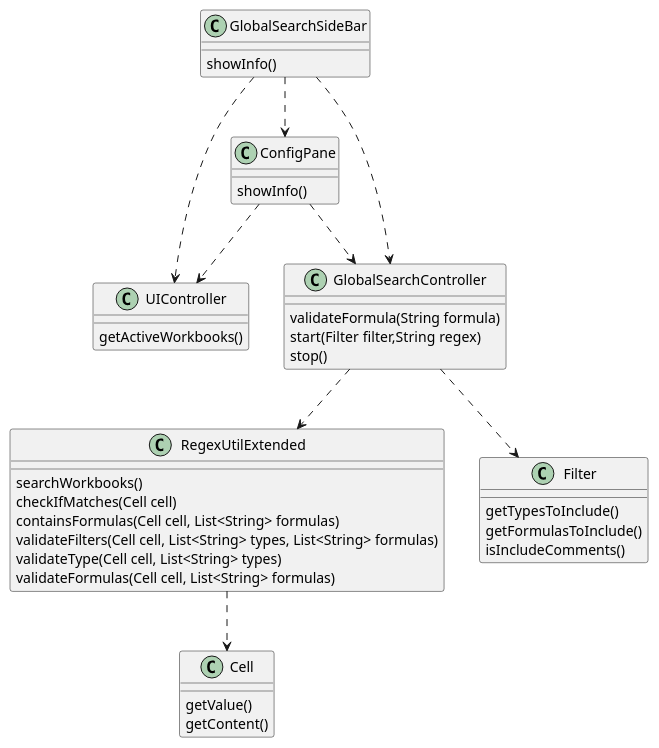
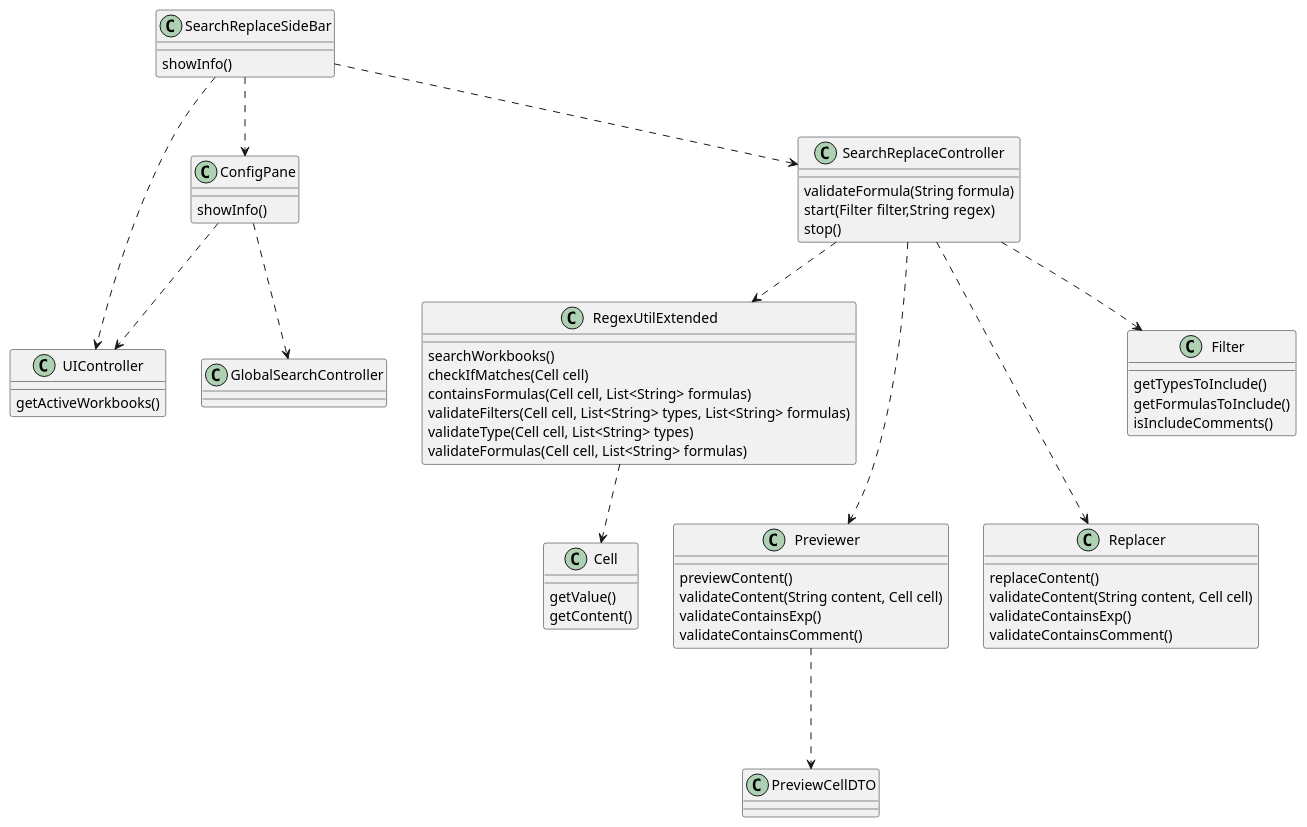
One commit to MikeTekOn/lapr4-2017-2dd changed the diagram in src/main/java/lapr4/blue/s3/core/n1151088/searchReplace/core07_03_cd.puml. Above: the diagram before and after it, drawn with PlantUML.

Commit message:
javadoc fix

```diff
--- a/src/main/java/lapr4/blue/s3/core/n1151088/searchReplace/core07_03_cd.puml
+++ b/src/main/java/lapr4/blue/s3/core/n1151088/searchReplace/core07_03_cd.puml
@@ -1,44 +1,63 @@
 @startuml core07_03_cd.png
 
-class GlobalSearchSideBar {
+class SearchReplaceSideBar {
     showInfo()
 }
 class ConfigPane {
     showInfo()
 }
 class UIController{
     getActiveWorkbooks()
 }
-class GlobalSearchController{
+class SearchReplaceController{
     validateFormula(String formula)
     start(Filter filter,String regex)
     stop()
 }
 class Cell{
     getValue()
     getContent()
 }
 class RegexUtilExtended {
     searchWorkbooks()
     checkIfMatches(Cell cell)
     containsFormulas(Cell cell, List<String> formulas)
     validateFilters(Cell cell, List<String> types, List<String> formulas)
     validateType(Cell cell, List<String> types)
     validateFormulas(Cell cell, List<String> formulas)
 
 }
+
+class Previewer {
+    previewContent()
+    validateContent(String content, Cell cell)
+    validateContainsExp()
+    validateContainsComment()
+}
+
+class Replacer {
+    replaceContent()
+    validateContent(String content, Cell cell)
+    validateContainsExp()
+    validateContainsComment()
+}
+
 class Filter{
     getTypesToInclude()
     getFormulasToInclude()
     isIncludeComments()
 }
-GlobalSearchSideBar ..>ConfigPane
+SearchReplaceSideBar ..>ConfigPane
 ConfigPane..>UIController
 ConfigPane..>GlobalSearchController
-GlobalSearchSideBar ..> UIController
-GlobalSearchSideBar ..> GlobalSearchController
-GlobalSearchController ..> RegexUtilExtended
-GlobalSearchController ..> Filter
+SearchReplaceSideBar ..> UIController
+SearchReplaceSideBar ..> SearchReplaceController
+SearchReplaceController ..> RegexUtilExtended
+SearchReplaceController ..> Filter
 RegexUtilExtended ..> Cell
+SearchReplaceController..-> Previewer
+SearchReplaceController..-> Replacer
+Previewer ..->PreviewCellDTO
+
 
 @enduml
```
